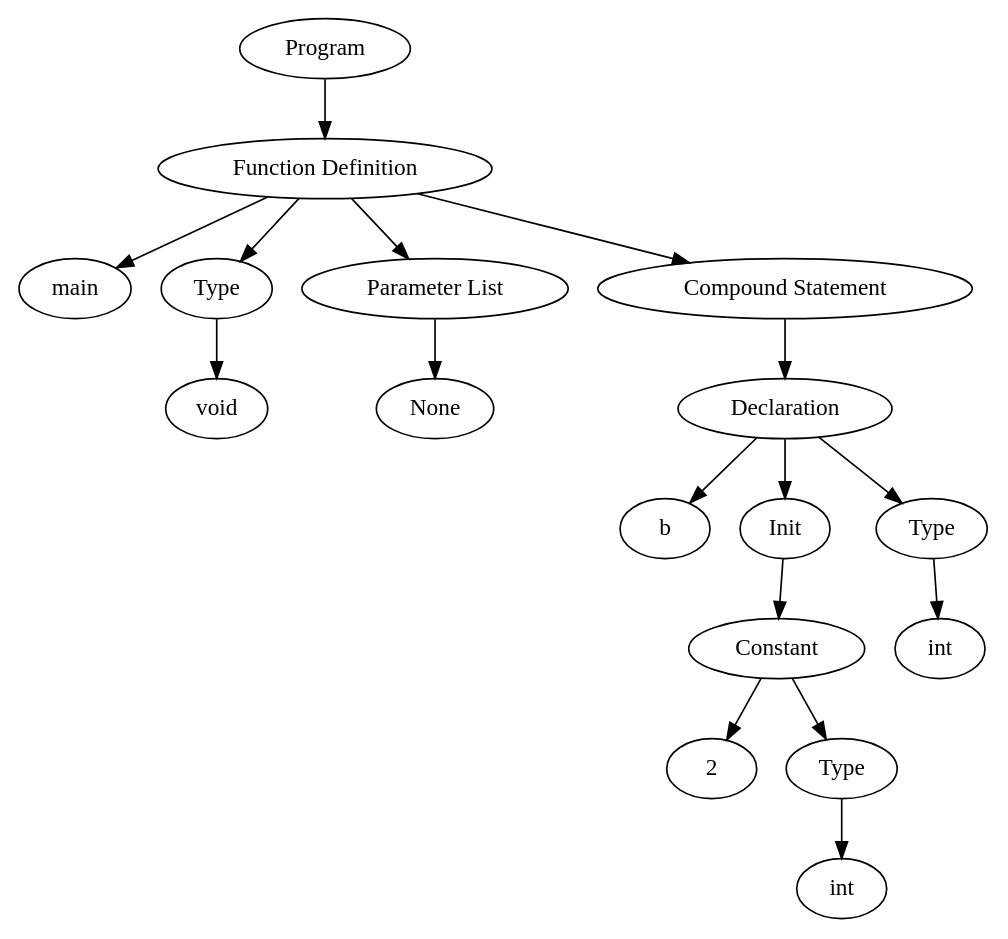
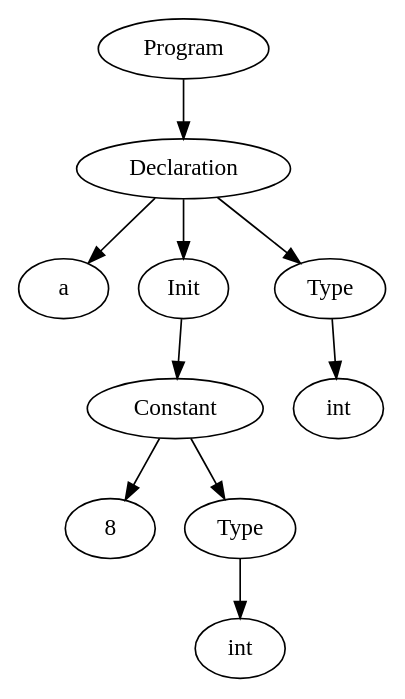
One commit to ChaseCarthen/CS660-Compiler-Construction changed the diagram in graph.dot. Above: the diagram before and after it, drawn with Graphviz. The commit also changed 4 other files, not shown here.

```diff
--- a/graph.dot
+++ b/graph.dot
@@ -1,11 +1,7 @@
 digraph parse_tree {
-{gv100000[label="Program"]}->{gv100015[label="Function Definition"]}{gv100015[label="Function Definition"]}->{gv100016[label="main"] gv100001[label="Type"] gv100003[label="Parameter List"] gv100005[label="Compound Statement"]};
-{gv100001[label="Type"]}->{gv100002[label="void"]};
-{gv100003[label="Parameter List"]}->{gv100004[label="None"]};
-{gv100005[label="Compound Statement"]}->{{gv100007[label="Declaration"]}};
-{gv100007[label="Declaration"]}->{gv100010[label="b"] gv100006[label="Init"] gv100008[label="Type"]};
-{gv100006[label="Init"]}->{gv100011[label="Constant"]};
-{gv100011[label="Constant"]}->{gv100012[label="2"]};
-{gv100011[label="Constant"]}->{gv100013[label="Type"]}{gv100013[label="Type"]}->{gv100014[label="int"]};
-{gv100008[label="Type"]}->{gv100009[label="int"]};
+{gv100000[label="Program"]}->{{gv100002[label="Declaration"]}}{gv100002[label="Declaration"]}->{gv100005[label="a"] gv100001[label="Init"] gv100003[label="Type"]};
+{gv100001[label="Init"]}->{gv100006[label="Constant"]};
+{gv100006[label="Constant"]}->{gv100007[label="8"]};
+{gv100006[label="Constant"]}->{gv100008[label="Type"]}{gv100008[label="Type"]}->{gv100009[label="int"]};
+{gv100003[label="Type"]}->{gv100004[label="int"]};
 }
```
